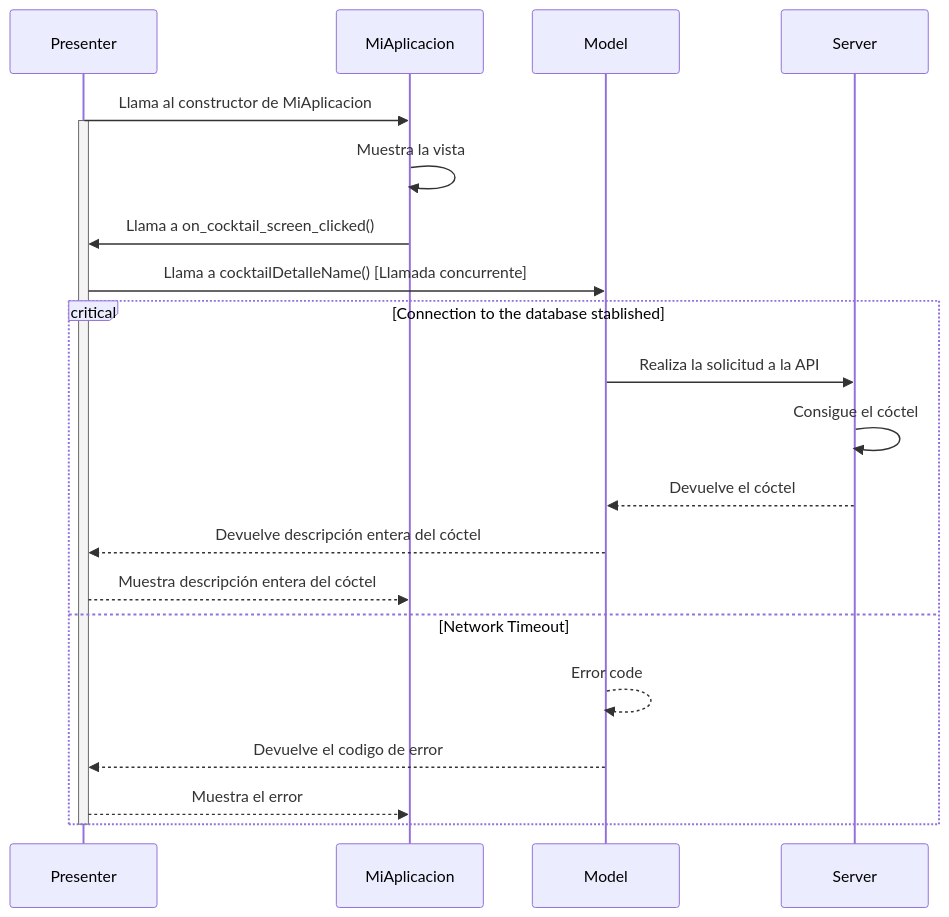
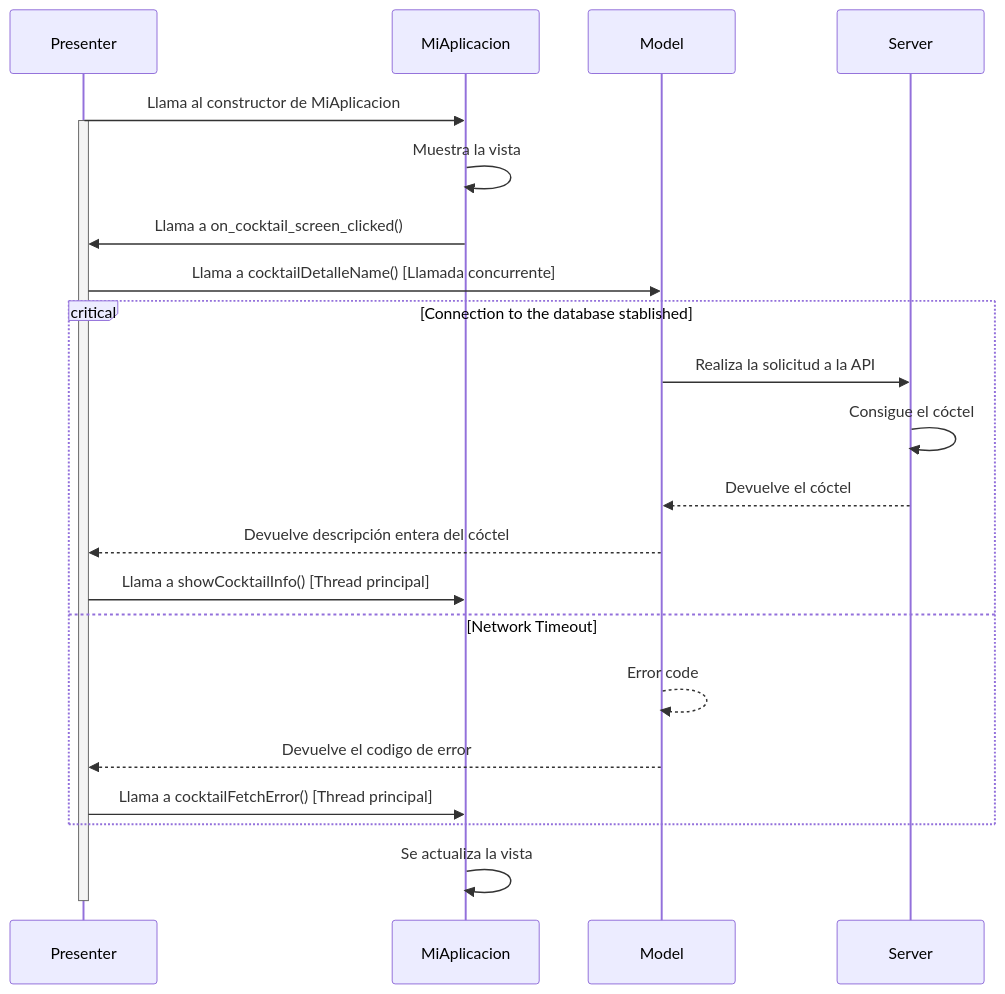
The second of 7 diagrams in Desktop/diseño_sw.md (braisf03/IPM), drawn with Mermaid before and after one commit.

````diff
--- a/Desktop/diseño_sw.md
+++ b/Desktop/diseño_sw.md
@@ -91,32 +91,33 @@
 ```mermaid
 sequenceDiagram
 
 #--------------Definiciones de actores--------------#
     participant Presenter as Presenter
     participant MiAplicacion as MiAplicacion
     participant Model as Model
     participant Server as Server
 
 #--------------Inicio de la aplicación--------------#
     Presenter->>MiAplicacion: Llama al constructor de MiAplicacion
     activate Presenter
     MiAplicacion->>MiAplicacion: Muestra la vista
     MiAplicacion->>Presenter: Llama a on_cocktail_screen_clicked()
     Presenter->>Model: Llama a cocktailDetalleName() [Llamada concurrente]
 
 #-------------Accesos a la base de datos------------#        
     critical Connection to the database stablished
         Model->>Server: Realiza la solicitud a la API
         Server->>Server: Consigue el cóctel
         Server-->>Model: Devuelve el cóctel
         Model-->>Presenter: Devuelve descripción entera del cóctel
-        Presenter-->>MiAplicacion: Muestra descripción entera del cóctel
+        Presenter->>MiAplicacion: Llama a showCocktailInfo() [Thread principal]
     option Network Timeout
             Model-->>Model: Error code
             Model-->>Presenter: Devuelve el codigo de error
-            Presenter-->>MiAplicacion: Muestra el error
+            Presenter->>MiAplicacion: Llama a cocktailFetchError() [Thread principal]
     end
    
+    MiAplicacion->> MiAplicacion : Se actualiza la vista
     deactivate Presenter
 
 ```
````
